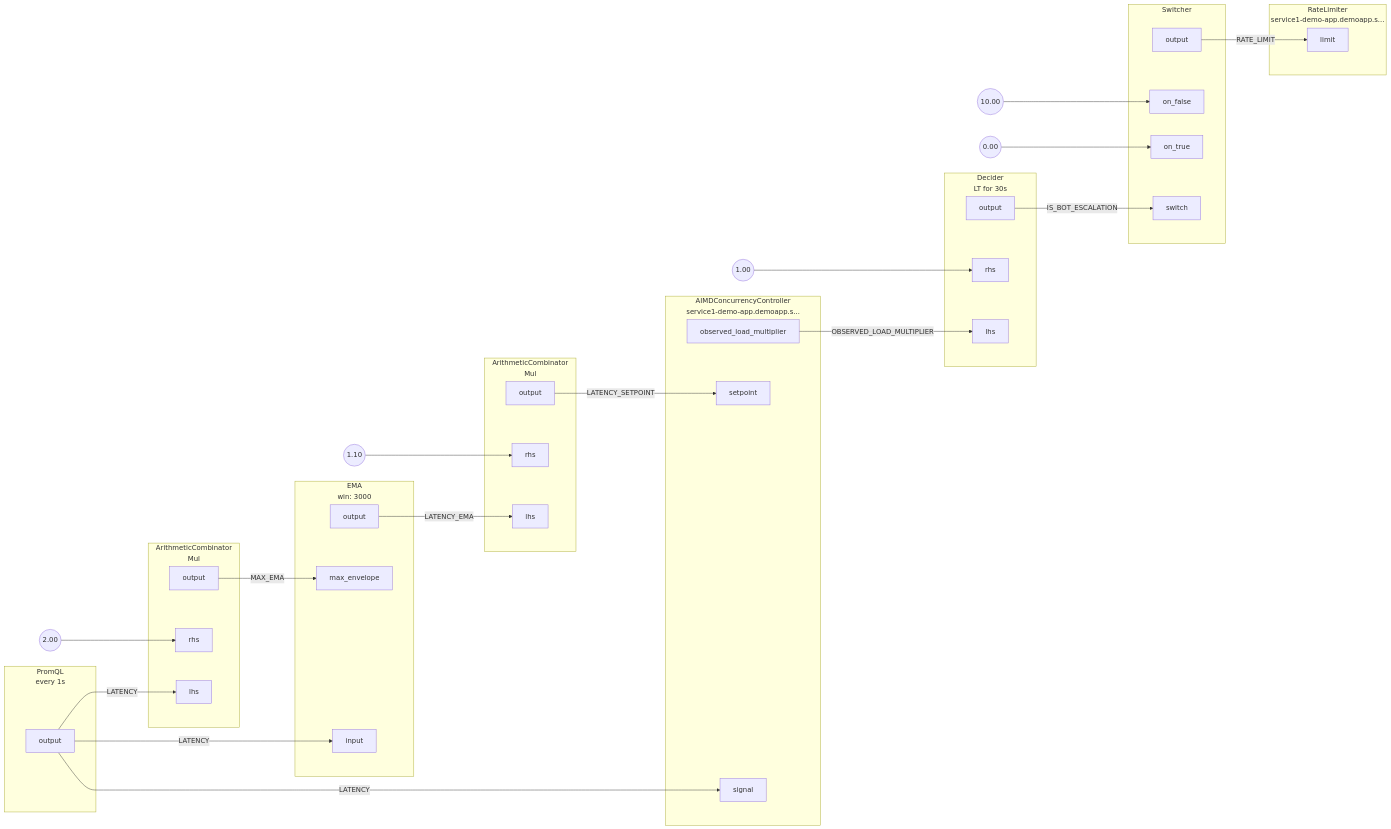
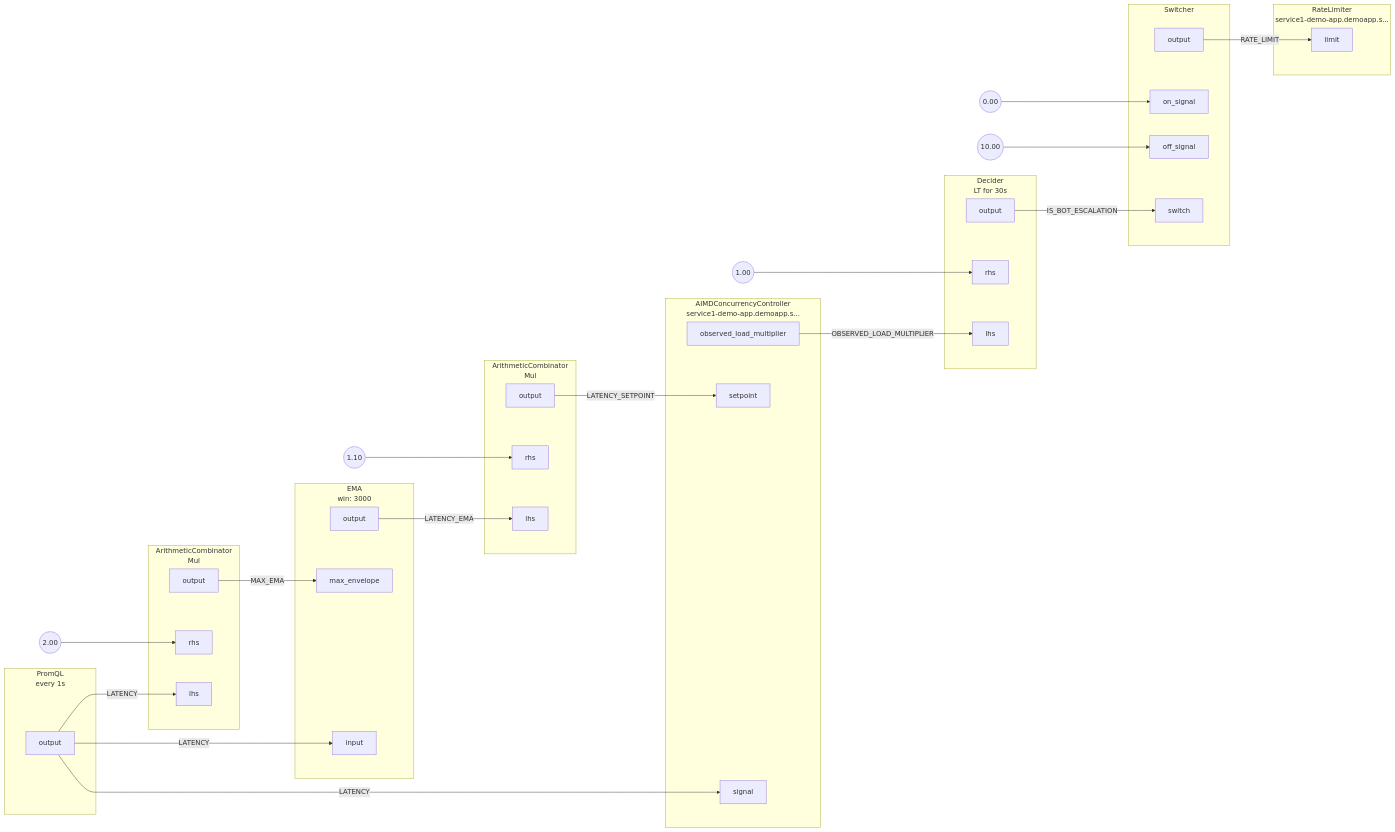
Before and after one commit to dataongunlaws/aperture: the diagram in docs/content/tutorials/integrations/flow-control/concurrency-limiting/assets/rate-limiting-escalation/rate-limiting-escalation.mmd, drawn with Mermaid. The commit also changed 38 other files, not shown here.

```diff
--- a/docs/content/tutorials/integrations/flow-control/concurrency-limiting/assets/rate-limiting-escalation/rate-limiting-escalation.mmd
+++ b/docs/content/tutorials/integrations/flow-control/concurrency-limiting/assets/rate-limiting-escalation/rate-limiting-escalation.mmd
@@ -1,99 +1,99 @@
 flowchart LR
 subgraph root.0[<center>PromQL<br/>every 1s</center>]
 subgraph root.0_outports[ ]
 style root.0_outports fill:none,stroke:none
 root.0output[output]
 end
 end
 FakeConstant0((2.00))
 FakeConstant0 --> root.1rhs
 subgraph root.1[<center>ArithmeticCombinator<br/>Mul</center>]
 subgraph root.1_inports[ ]
 style root.1_inports fill:none,stroke:none
+root.1rhs[rhs]
 root.1lhs[lhs]
-root.1rhs[rhs]
 end
 subgraph root.1_outports[ ]
 style root.1_outports fill:none,stroke:none
 root.1output[output]
 end
 end
 FakeConstant1((1.10))
 FakeConstant1 --> root.2rhs
 subgraph root.2[<center>ArithmeticCombinator<br/>Mul</center>]
 subgraph root.2_inports[ ]
 style root.2_inports fill:none,stroke:none
 root.2lhs[lhs]
 root.2rhs[rhs]
 end
 subgraph root.2_outports[ ]
 style root.2_outports fill:none,stroke:none
 root.2output[output]
 end
 end
 subgraph root.3[<center>EMA<br/>win: 3000</center>]
 subgraph root.3_inports[ ]
 style root.3_inports fill:none,stroke:none
 root.3max_envelope[max_envelope]
 root.3input[input]
 end
 subgraph root.3_outports[ ]
 style root.3_outports fill:none,stroke:none
 root.3output[output]
 end
 end
 subgraph root.4[<center>AIMDConcurrencyController<br/>service1-demo-app.demoapp.s...</center>]
 subgraph root.4_inports[ ]
 style root.4_inports fill:none,stroke:none
 root.4setpoint[setpoint]
 root.4signal[signal]
 end
 subgraph root.4_outports[ ]
 style root.4_outports fill:none,stroke:none
 root.4observed_load_multiplier[observed_load_multiplier]
 end
 end
 FakeConstant2((1.00))
 FakeConstant2 --> root.5rhs
 subgraph root.5[<center>Decider<br/>LT for 30s</center>]
 subgraph root.5_inports[ ]
 style root.5_inports fill:none,stroke:none
 root.5lhs[lhs]
 root.5rhs[rhs]
 end
 subgraph root.5_outports[ ]
 style root.5_outports fill:none,stroke:none
 root.5output[output]
 end
 end
-FakeConstant3((10.00))
-FakeConstant3 --> root.6on_false
-FakeConstant4((0.00))
-FakeConstant4 --> root.6on_true
+FakeConstant3((0.00))
+FakeConstant3 --> root.6on_signal
+FakeConstant4((10.00))
+FakeConstant4 --> root.6off_signal
 subgraph root.6[Switcher]
 subgraph root.6_inports[ ]
 style root.6_inports fill:none,stroke:none
-root.6on_false[on_false]
 root.6switch[switch]
-root.6on_true[on_true]
+root.6on_signal[on_signal]
+root.6off_signal[off_signal]
 end
 subgraph root.6_outports[ ]
 style root.6_outports fill:none,stroke:none
 root.6output[output]
 end
 end
 subgraph root.7[<center>RateLimiter<br/>service1-demo-app.demoapp.s...</center>]
 subgraph root.7_inports[ ]
 style root.7_inports fill:none,stroke:none
 root.7limit[limit]
 end
 end
+root.5output --> |IS_BOT_ESCALATION| root.6switch
+root.1output --> |MAX_EMA| root.3max_envelope
+root.2output --> |LATENCY_SETPOINT| root.4setpoint
+root.3output --> |LATENCY_EMA| root.2lhs
+root.4observed_load_multiplier --> |OBSERVED_LOAD_MULTIPLIER| root.5lhs
+root.6output --> |RATE_LIMIT| root.7limit
 root.0output --> |LATENCY| root.1lhs
 root.0output --> |LATENCY| root.3input
 root.0output --> |LATENCY| root.4signal
-root.1output --> |MAX_EMA| root.3max_envelope
-root.3output --> |LATENCY_EMA| root.2lhs
-root.4observed_load_multiplier --> |OBSERVED_LOAD_MULTIPLIER| root.5lhs
-root.5output --> |IS_BOT_ESCALATION| root.6switch
-root.2output --> |LATENCY_SETPOINT| root.4setpoint
-root.6output --> |RATE_LIMIT| root.7limit
```
